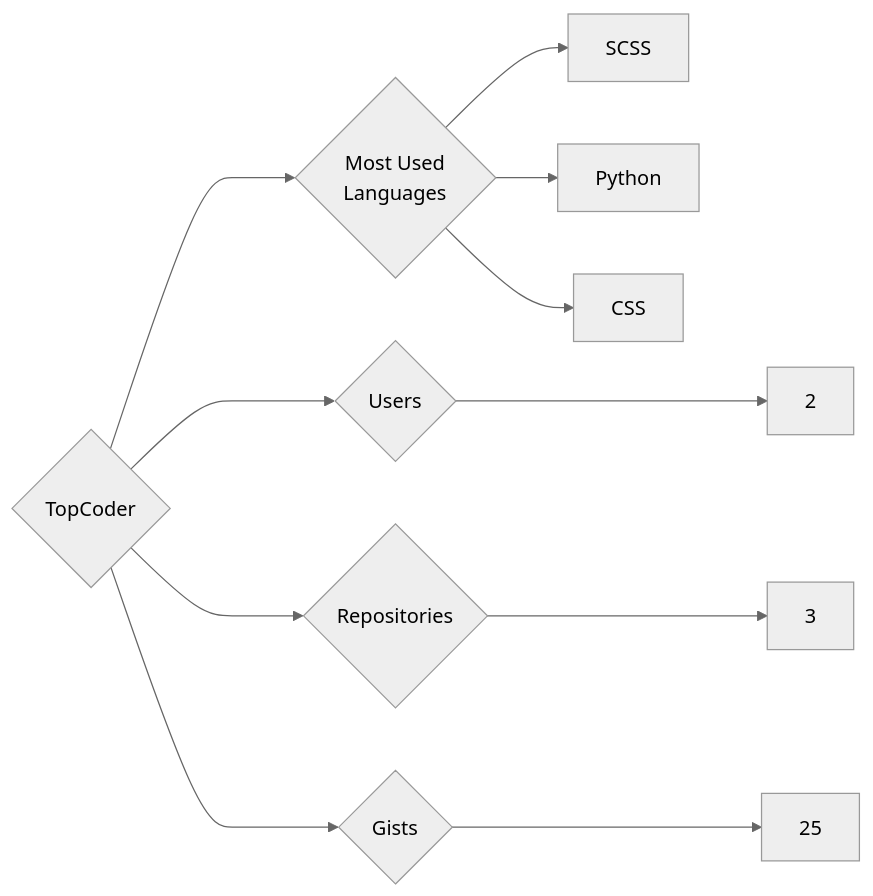
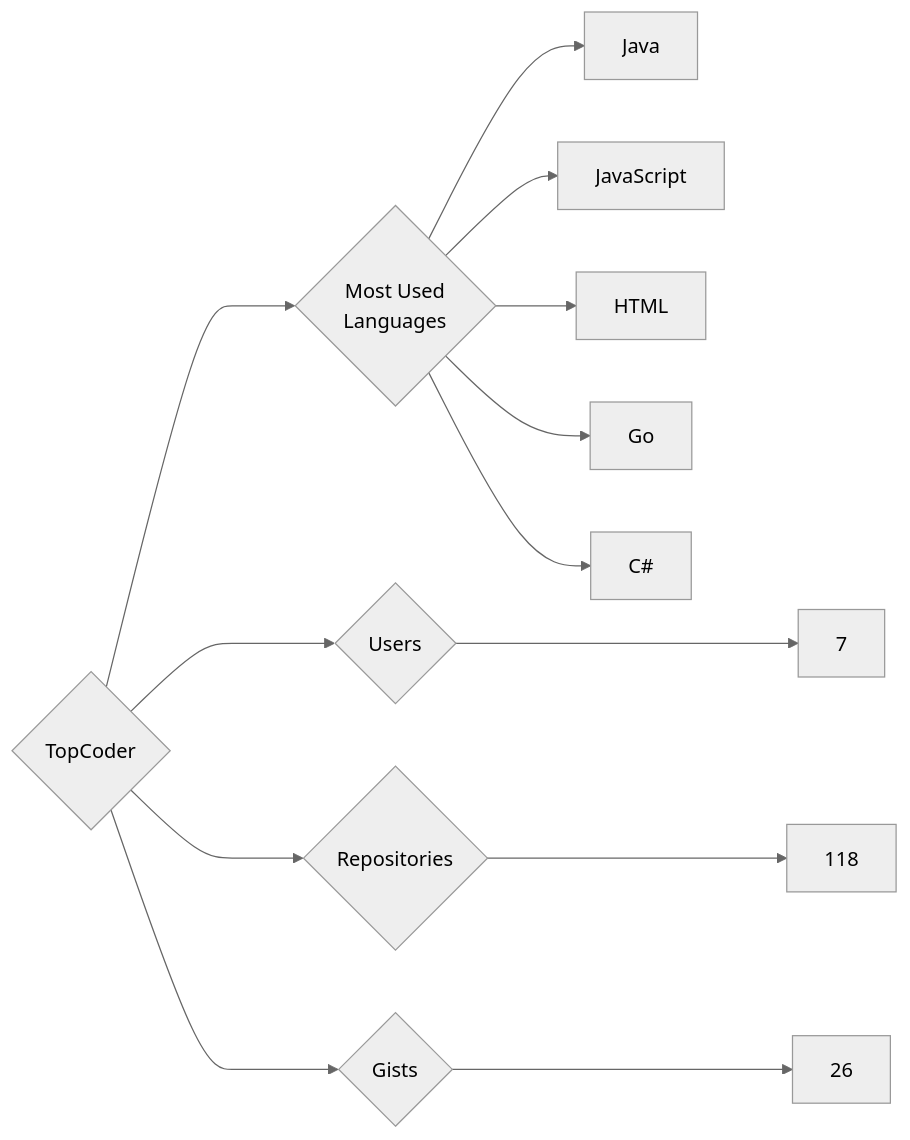
The diagram in targets/TopCoder/README.md (trickest/insiders), drawn with Mermaid (neutral theme) before and after one commit. The commit also changed 953 other files, not shown here.

````diff
--- a/targets/TopCoder/README.md
+++ b/targets/TopCoder/README.md
@@ -3,11 +3,13 @@
 ```mermaid
 graph LR
 COMPANY_NAME{TopCoder}
-COMPANY_NAME ---> U{Users} ---> UN[2]
-COMPANY_NAME ---> R{Repositories} ---> RN[3]
-COMPANY_NAME ---> G{Gists} ---> GN[25]
+COMPANY_NAME ---> U{Users} ---> UN[7]
+COMPANY_NAME ---> R{Repositories} ---> RN[118]
+COMPANY_NAME ---> G{Gists} ---> GN[26]
 COMPANY_NAME ---> ML{Most Used<br>Languages}
-ML --> SCSS[SCSS]
-ML --> Python[Python]
-ML --> CSS[CSS]
+ML --> Java[Java]
+ML --> JavaScript[JavaScript]
+ML --> HTML[HTML]
+ML --> Go[Go]
+ML --> C#[C#]
 ```
````
